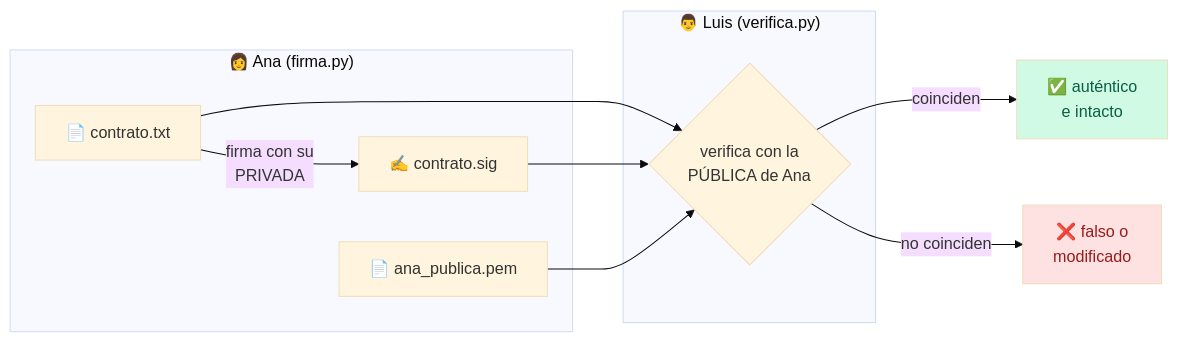
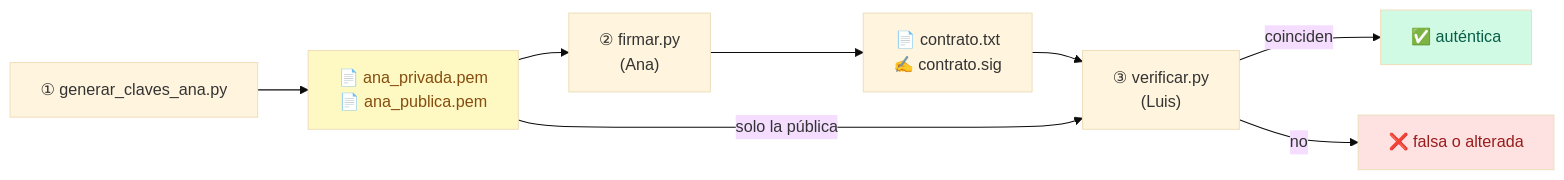
Before and after one commit to campusdevfp/cybersec2627: the ninth of 10 diagrams in docs/ud1/index.md, drawn with Mermaid (base theme). The commit also changed other lines of this file, not shown here.

````diff
--- a/docs/ud1/index.md
+++ b/docs/ud1/index.md
@@ -592,17 +609,13 @@
 ```mermaid
 flowchart LR
-    subgraph ANA["👩 Ana (firma.py)"]
-      D["📄 contrato.txt"] -->|"firma con su<br/>PRIVADA"| S["✍️ contrato.sig"]
-      PUB["📄 ana_publica.pem"]
-    end
-    subgraph LUIS["👨 Luis (verifica.py)"]
-      V{"verifica con la<br/>PÚBLICA de Ana"}
-    end
-    D --> V
-    S --> V
-    PUB --> V
-    V -->|coinciden| OK["✅ auténtico<br/>e intacto"]
-    V -->|no coinciden| NO["❌ falso o<br/>modificado"]
+    G["① generar_claves_ana.py"] --> K["📄 ana_privada.pem<br/>📄 ana_publica.pem"]
+    K --> F["② firmar.py<br/>(Ana)"]
+    F --> S["📄 contrato.txt<br/>✍️ contrato.sig"]
+    S --> V["③ verificar.py<br/>(Luis)"]
+    K -->|"solo la pública"| V
+    V -->|coinciden| OK["✅ auténtica"]
+    V -->|no| NO["❌ falsa o alterada"]
+    style K fill:#fef9c3,color:#854d0e
     style OK fill:#d1fae5,color:#065f46
     style NO fill:#fee2e2,color:#991b1b
 ```
````
